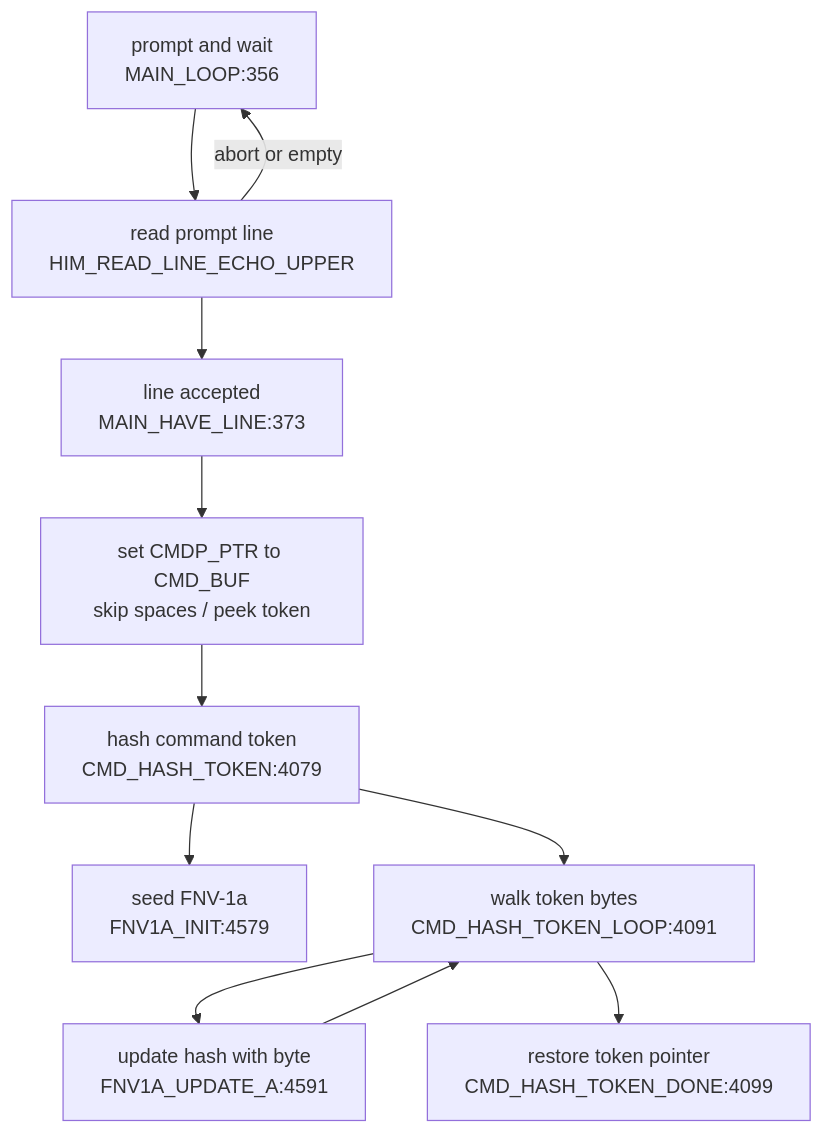
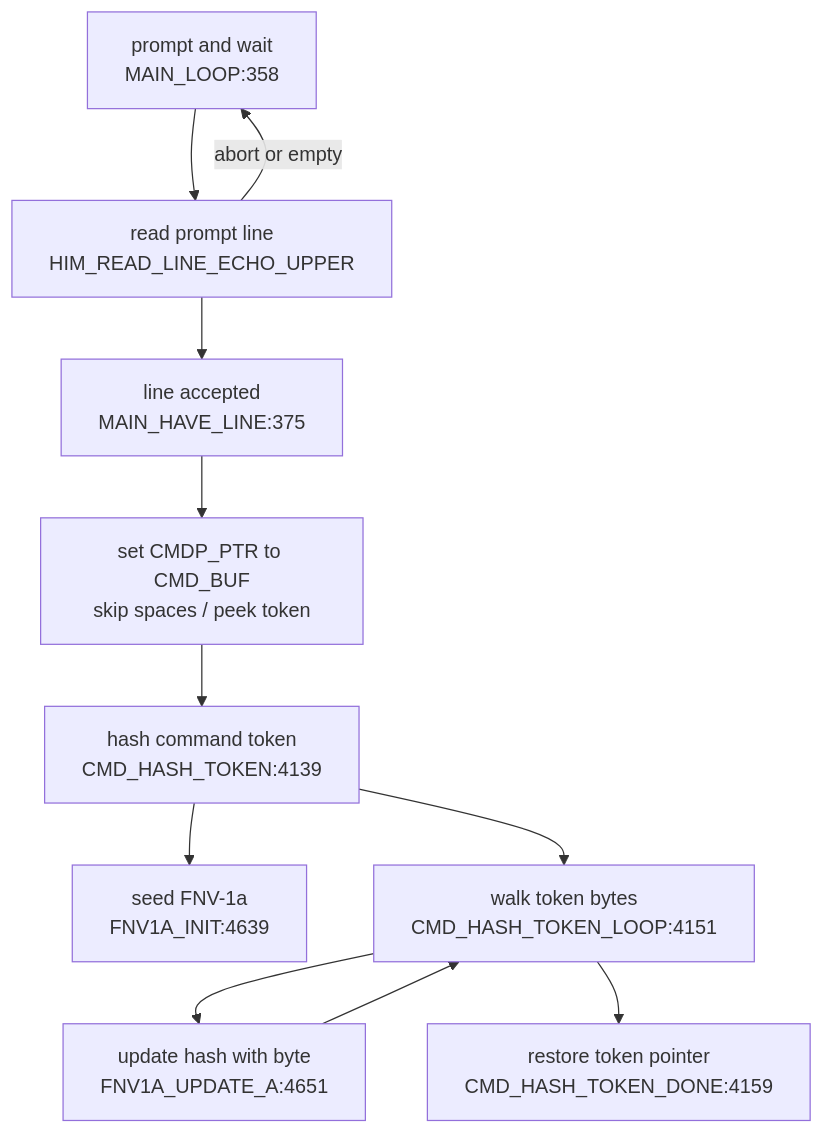
The second of 4 diagrams in DOC/GENERATED/CMD_FLOW_MAP.md (95westus/R-YORS), drawn with Mermaid before and after one commit. The commit also changed other lines of this file and 42 other files, not shown here.

````diff
--- a/DOC/GENERATED/CMD_FLOW_MAP.md
+++ b/DOC/GENERATED/CMD_FLOW_MAP.md
@@ -24,13 +24,13 @@
 ```mermaid
 flowchart TD
-    LOOP["prompt and wait<br/>MAIN_LOOP:356"] --> READ["read prompt line<br/>HIM_READ_LINE_ECHO_UPPER"]
-    READ --> HAVE["line accepted<br/>MAIN_HAVE_LINE:373"]
+    LOOP["prompt and wait<br/>MAIN_LOOP:358"] --> READ["read prompt line<br/>HIM_READ_LINE_ECHO_UPPER"]
+    READ --> HAVE["line accepted<br/>MAIN_HAVE_LINE:375"]
     READ -->|abort or empty| LOOP
     HAVE --> PREP["set CMDP_PTR to CMD_BUF<br/>skip spaces / peek token"]
-    PREP --> HASH["hash command token<br/>CMD_HASH_TOKEN:4079"]
-    HASH --> FNVINIT["seed FNV-1a<br/>FNV1A_INIT:4579"]
-    HASH --> HASHLOOP["walk token bytes<br/>CMD_HASH_TOKEN_LOOP:4091"]
-    HASHLOOP --> UPDATE["update hash with byte<br/>FNV1A_UPDATE_A:4591"]
+    PREP --> HASH["hash command token<br/>CMD_HASH_TOKEN:4139"]
+    HASH --> FNVINIT["seed FNV-1a<br/>FNV1A_INIT:4639"]
+    HASH --> HASHLOOP["walk token bytes<br/>CMD_HASH_TOKEN_LOOP:4151"]
+    HASHLOOP --> UPDATE["update hash with byte<br/>FNV1A_UPDATE_A:4651"]
     UPDATE --> HASHLOOP
-    HASHLOOP --> DONE["restore token pointer<br/>CMD_HASH_TOKEN_DONE:4099"]
+    HASHLOOP --> DONE["restore token pointer<br/>CMD_HASH_TOKEN_DONE:4159"]
 ```
````
